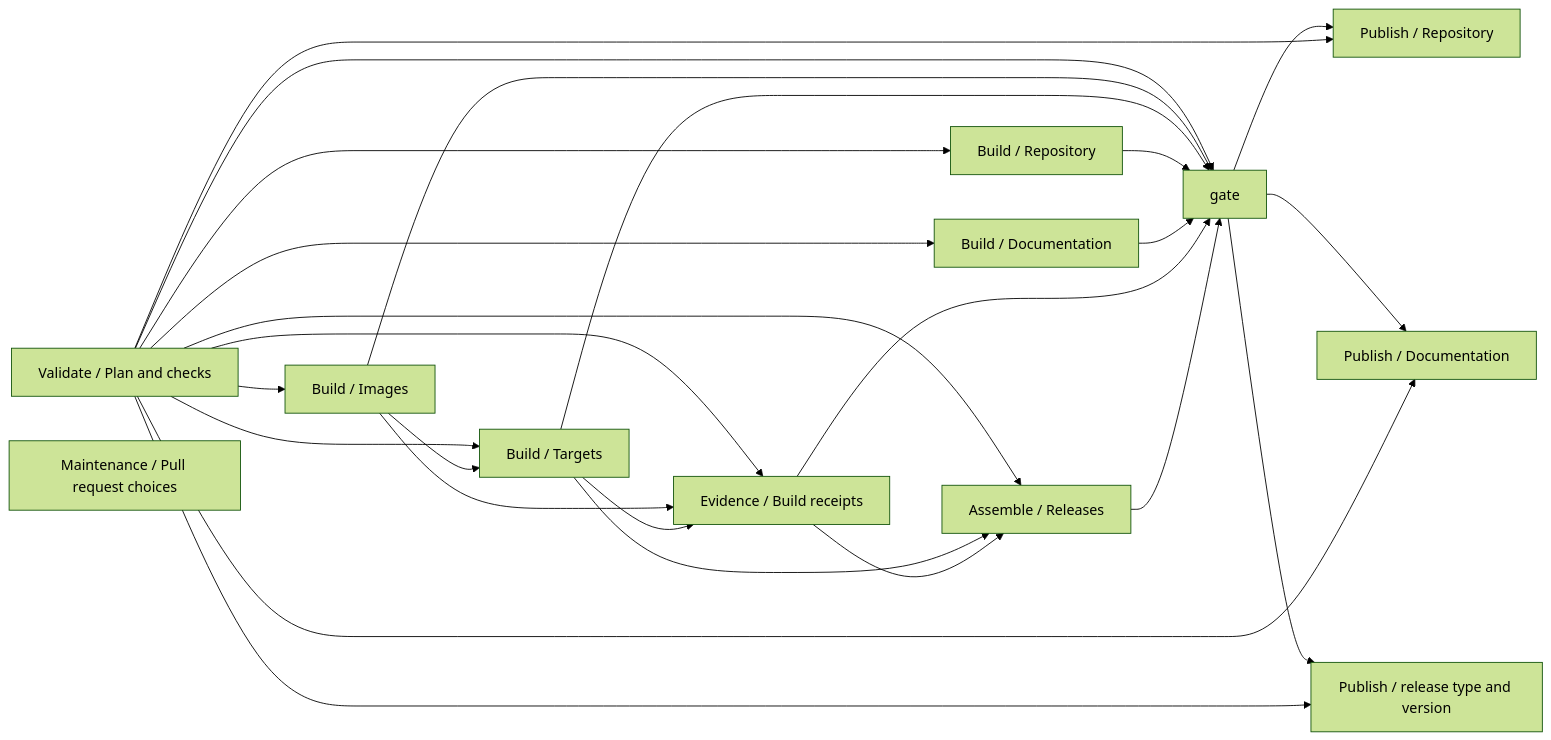
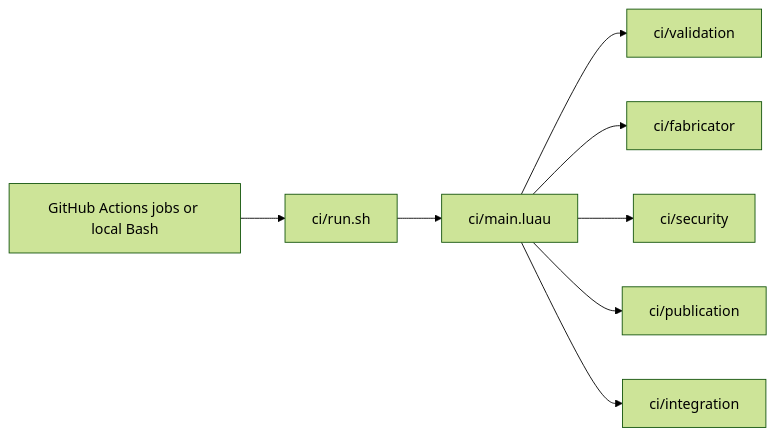
The diagram in ci/integration/architecture.md (Kooraseru/Template), drawn with Mermaid (forest theme) before and after one commit. The commit also changed other lines of this file and 9 other files, not shown here.

Commit message:
docs: replace KERO-era instructions with current one-entry architecture

````diff
--- a/ci/integration/architecture.md
+++ b/ci/integration/architecture.md
@@ -7,28 +5,10 @@
 ```mermaid
 flowchart LR
-  V[Validate / Plan and checks] --> I[Build / Images]
-  V --> B[Build / Targets]
-  I --> B
-  V --> R[Build / Repository]
-  V --> D[Build / Documentation]
-  V --> E[Evidence / Build receipts]
-  I --> E
-  B --> E
-  V --> A[Assemble / Releases]
-  B --> A
-  E --> A
-  V --> G[gate]
-  I --> G
-  B --> G
-  R --> G
-  D --> G
-  E --> G
-  A --> G
-  G --> PR[Publish / Repository]
-  G --> PD[Publish / Documentation]
-  G --> PV[Publish / release type and version]
-  V --> PR
-  V --> PD
-  V --> PV
-  M[Maintenance / Pull request choices]
+  W[GitHub Actions jobs or local Bash] --> B[ci/run.sh]
+  B --> L[ci/main.luau]
+  L --> V[ci/validation]
+  L --> F[ci/fabricator]
+  L --> S[ci/security]
+  L --> P[ci/publication]
+  L --> I[ci/integration]
 ```
````
